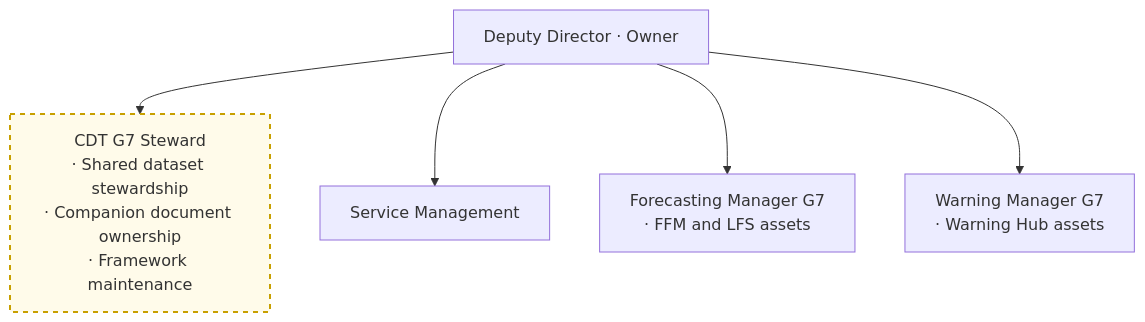
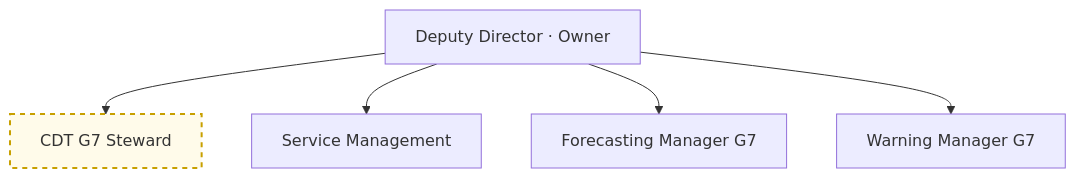
The diagram in 02-central-data-team.qmd (JonPayneEA/Governance), drawn with Mermaid before and after one commit. The commit also changed 2 other files, not shown here.

Commit message:
fix: replace \n with <br/> in Mermaid node labels; simplify multi-line labels
\n is not interpreted as a line break in Mermaid — renders literally.
Switched to <br/> where line breaks are needed; removed bullet-point
content from node labels in favour of single-line identifiers.

````diff
--- a/02-central-data-team.qmd
+++ b/02-central-data-team.qmd
@@ -57,15 +57,15 @@
 ```{mermaid}
 graph TD
     DD["Deputy Director · Owner"]
-    CDT["CDT G7 Steward\n· Shared dataset stewardship\n· Companion document ownership\n· Framework maintenance"]
+    CDT["CDT G7 Steward"]
     SM["Service Management"]
-    FM["Forecasting Manager G7\n· FFM and LFS assets"]
-    WM["Warning Manager G7\n· Warning Hub assets"]
+    FM["Forecasting Manager G7"]
+    WM["Warning Manager G7"]
 
     DD --> CDT
     DD --> SM
     DD --> FM
     DD --> WM
 
     style CDT fill:#fffbea,stroke:#c8a000,stroke-width:2px,stroke-dasharray:5 5
 ```
````
